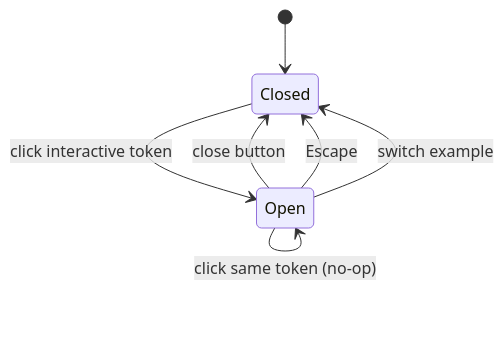
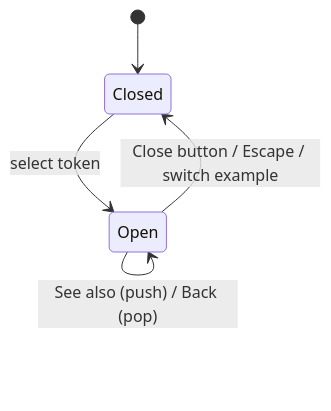
One commit to abraham/dockerfile-pub changed the diagram in docs/specs/explanation-panel.md. Above: the diagram before and after it, drawn with Mermaid. The commit also changed other lines of this file and 4 other files, not shown here.

````diff
--- a/docs/specs/explanation-panel.md
+++ b/docs/specs/explanation-panel.md
@@ -31,10 +62,9 @@
 ```mermaid
 stateDiagram-v2
   [*] --> Closed
-  Closed --> Open: click interactive token
-  Open --> Open: click another token (content swaps)
-  Open --> Open: click same token (no-op)
-  Open --> Closed: close button
-  Open --> Closed: Escape
-  Open --> Closed: switch example
+  Closed --> Open: select token
+  Open --> Open: select another token (replace)
+  Open --> Open: select same token (no-op)
+  Open --> Open: See also (push) / Back (pop)
+  Open --> Closed: Close button / Escape / switch example
 ```
````
